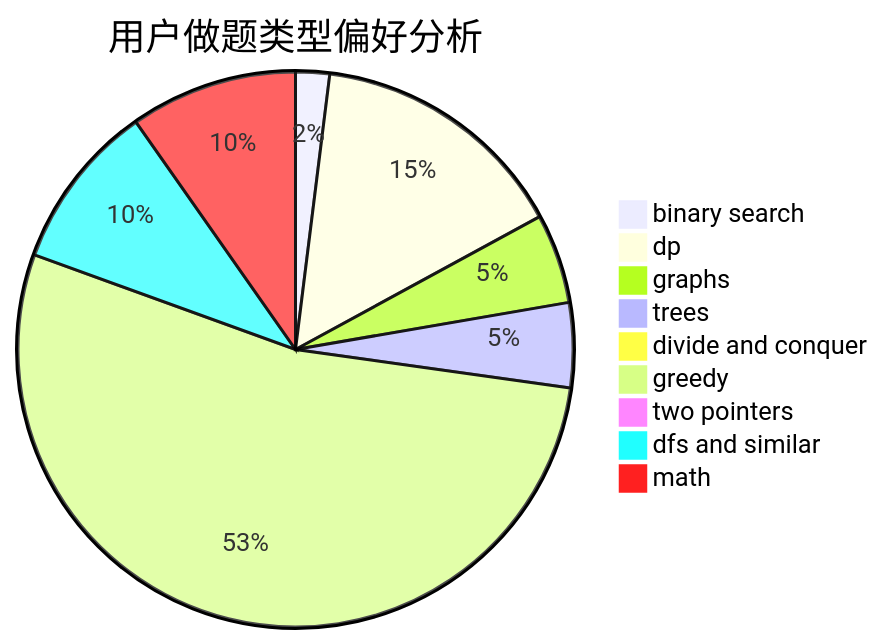
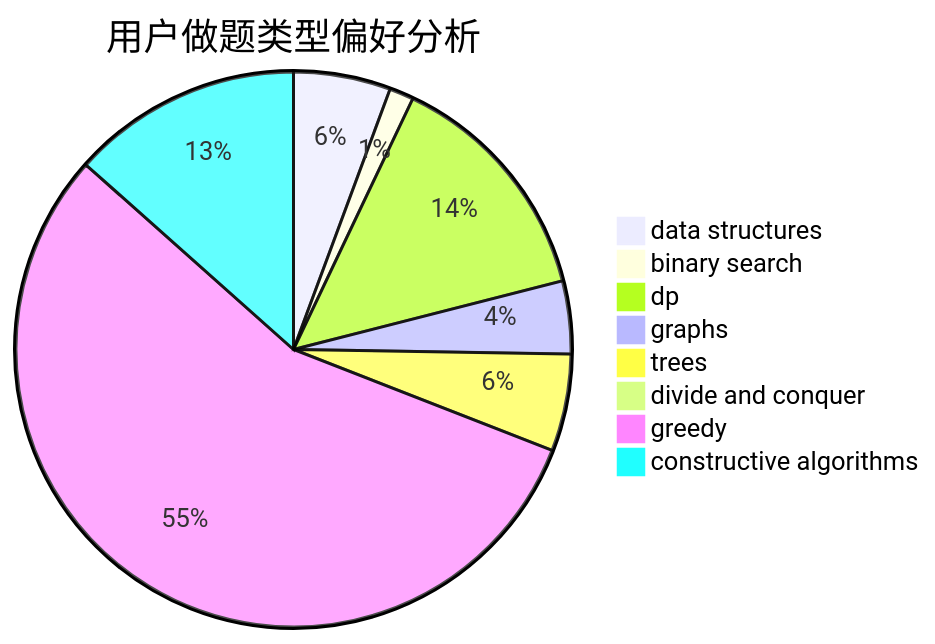
One commit to sherpahu/cfrs.github.io changed the second of 3 diagrams in docs/user/u1269.md. Above: the diagram before and after it, drawn with Mermaid. The commit also changed other lines of this file and 2775 other files, not shown here.

````diff
--- a/docs/user/u1269.md
+++ b/docs/user/u1269.md
@@ -23,12 +23,11 @@
 ```mermaid
 pie title 用户做题类型偏好分析
-    "binary search" :  14
-    "dp" :  107
-    "graphs" :  37
-    "trees" :  35
+    "data structures" :  32
+    "binary search" :  8
+    "dp" :  79
+    "graphs" :  24
+    "trees" :  32
     "divide and conquer" :  3
-    "greedy" :  378
-    "two pointers" :  4
-    "dfs and similar" :  69
-    "math" :  69
+    "greedy" :  315
+    "constructive algorithms" :  76
 ```
````
